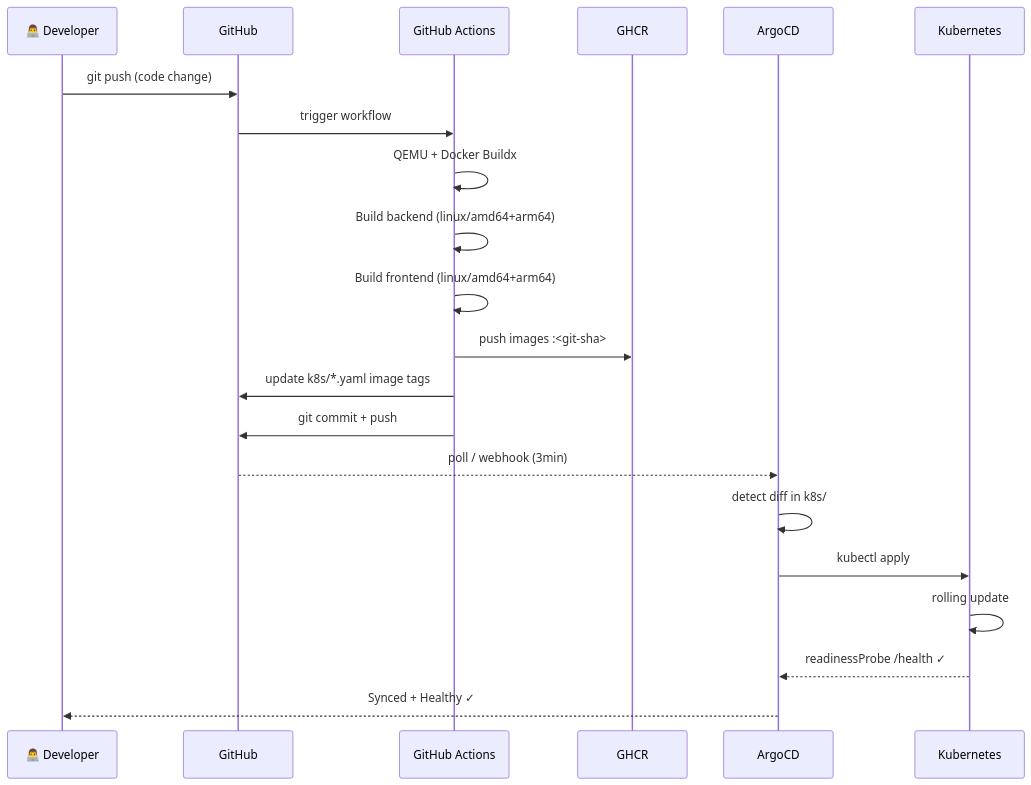
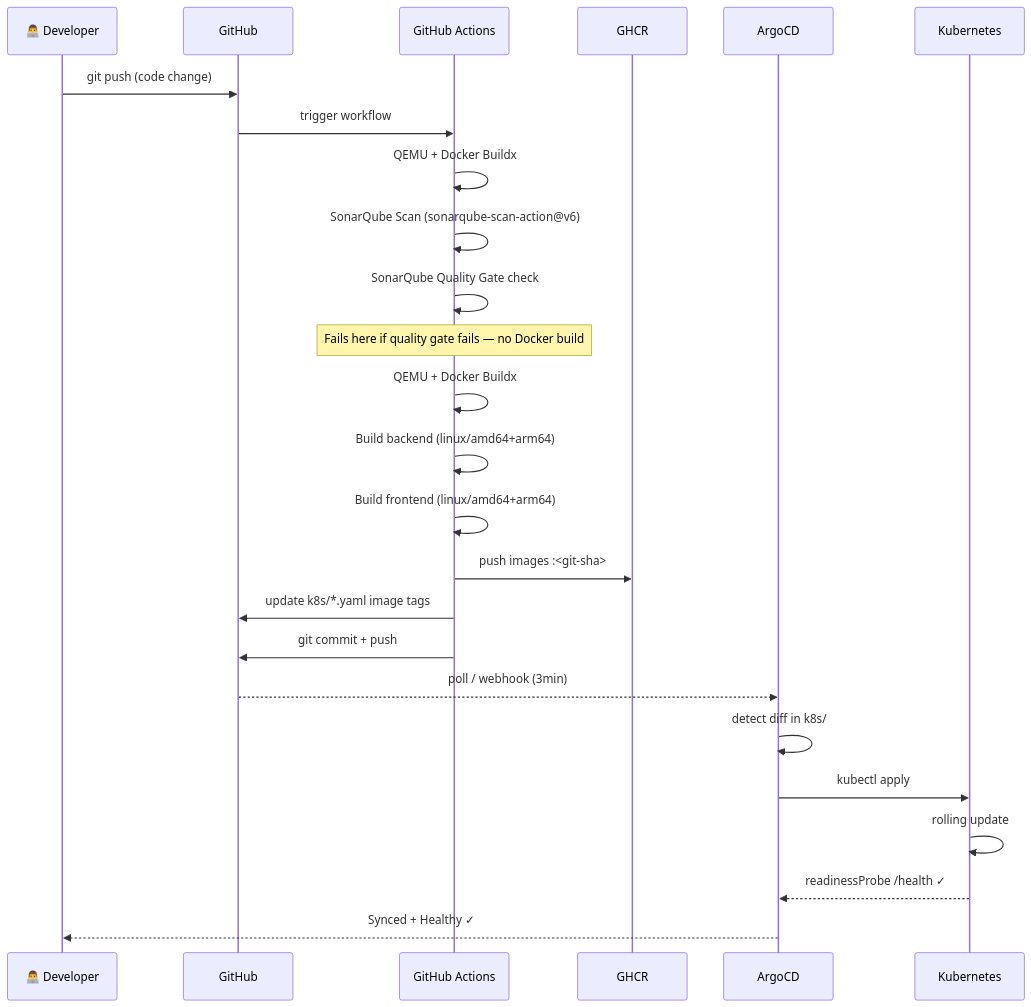
One commit to krasteki/platform_eng changed the third of 4 diagrams in ARCHITECTURE.md. Above: the diagram before and after it, drawn with Mermaid. The commit also changed other lines of this file and 5 other files, not shown here.

First line of the commit message:
feat: add Backstage IDP deployment + update README/ARCHITECTURE with SonarQube and Backstage

````diff
--- a/ARCHITECTURE.md
+++ b/ARCHITECTURE.md
@@ -123,24 +146,28 @@
 ```mermaid
 sequenceDiagram
     participant Dev as 👨‍💻 Developer
     participant GH as GitHub
     participant CI as GitHub Actions
     participant GHCR as GHCR
     participant ArgoCD as ArgoCD
     participant K8s as Kubernetes
 
     Dev->>GH: git push (code change)
     GH->>CI: trigger workflow
+    CI->>CI: QEMU + Docker Buildx
+    CI->>CI: SonarQube Scan (sonarqube-scan-action@v6)
+    CI->>CI: SonarQube Quality Gate check
+    Note over CI: Fails here if quality gate fails — no Docker build
     CI->>CI: QEMU + Docker Buildx
     CI->>CI: Build backend (linux/amd64+arm64)
     CI->>CI: Build frontend (linux/amd64+arm64)
     CI->>GHCR: push images :<git-sha>
     CI->>GH: update k8s/*.yaml image tags
     CI->>GH: git commit + push
     GH-->>ArgoCD: poll / webhook (3min)
     ArgoCD->>ArgoCD: detect diff in k8s/
     ArgoCD->>K8s: kubectl apply
     K8s->>K8s: rolling update
     K8s-->>ArgoCD: readinessProbe /health ✓
     ArgoCD-->>Dev: Synced + Healthy ✓
 ```
````
